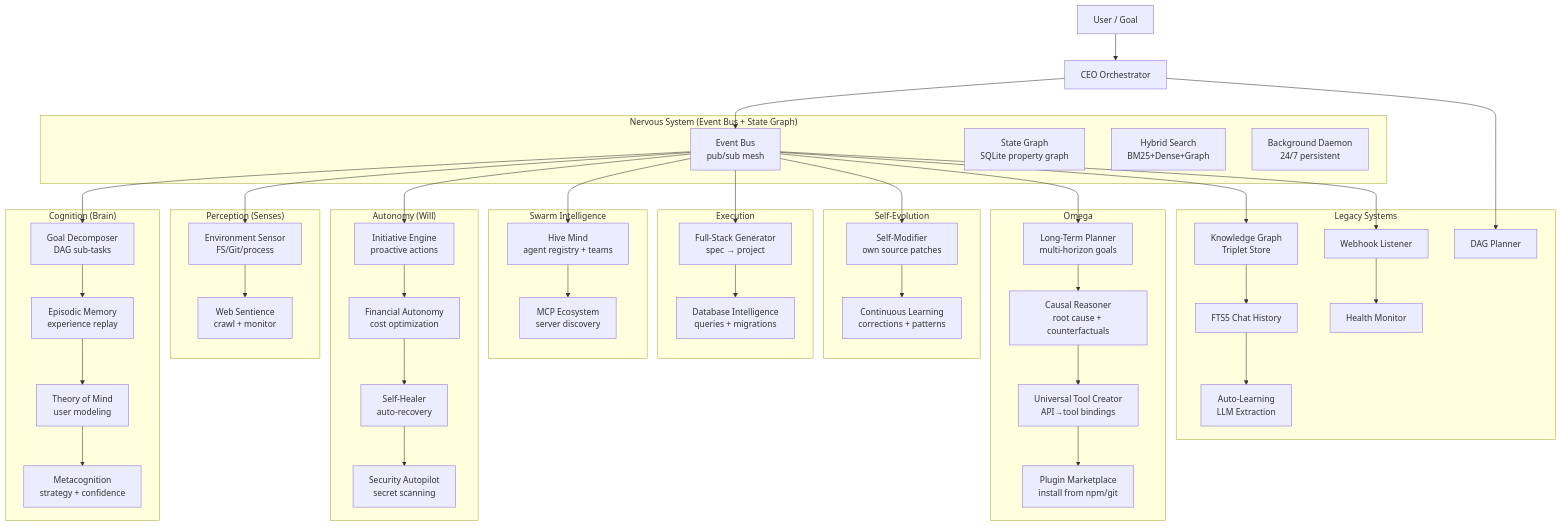
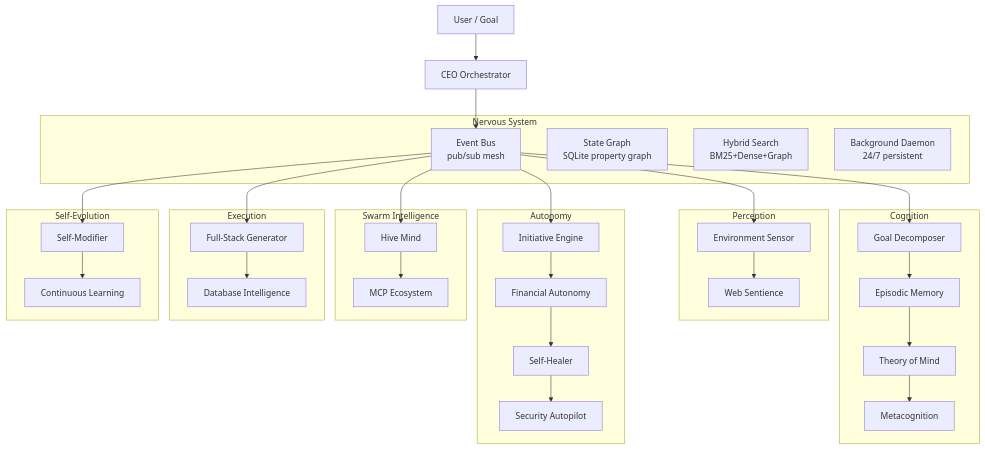
The diagram in README.md (IamNishant51/Custom-PI), drawn with Mermaid before and after one commit. The commit also changed other lines of this file and 6 other files, not shown here.

````diff
--- a/README.md
+++ b/README.md
@@ -214,73 +58,53 @@
 ```mermaid
 graph TB
-  User[User / Goal] --> CEO[CEO Orchestrator]
+    User[User / Goal] --> CEO[CEO Orchestrator]
 
-  subgraph "Nervous System (Event Bus + State Graph)"
-    EB[Event Bus<br/>pub/sub mesh]
-    SG[State Graph<br/>SQLite property graph]
-    HS[Hybrid Search<br/>BM25+Dense+Graph]
-    DA[Background Daemon<br/>24/7 persistent]
-  end
+    subgraph "Nervous System"
+        EB[Event Bus<br/>pub/sub mesh]
+        SG[State Graph<br/>SQLite property graph]
+        HS[Hybrid Search<br/>BM25+Dense+Graph]
+        DA[Background Daemon<br/>24/7 persistent]
+    end
 
-  subgraph "Cognition (Brain)"
-    GD[Goal Decomposer<br/>DAG sub-tasks]
-    EM[Episodic Memory<br/>experience replay]
-    TM[Theory of Mind<br/>user modeling]
-    MC[Metacognition<br/>strategy + confidence]
-  end
+    subgraph "Cognition"
+        GD[Goal Decomposer]
+        EM[Episodic Memory]
+        TM[Theory of Mind]
+        MC[Metacognition]
+    end
 
-  subgraph "Perception (Senses)"
-    ES[Environment Sensor<br/>FS/Git/process]
-    WS[Web Sentience<br/>crawl + monitor]
-  end
+    subgraph "Perception"
+        ES[Environment Sensor]
+        WS[Web Sentience]
+    end
 
-  subgraph "Autonomy (Will)"
-    IE[Initiative Engine<br/>proactive actions]
-    FA[Financial Autonomy<br/>cost optimization]
-    SH[Self-Healer<br/>auto-recovery]
-    SA[Security Autopilot<br/>secret scanning]
-  end
+    subgraph "Autonomy"
+        IE[Initiative Engine]
+        FA[Financial Autonomy]
+        SH[Self-Healer]
+        SA[Security Autopilot]
+    end
 
-  subgraph "Swarm Intelligence"
-    HM[Hive Mind<br/>agent registry + teams]
-    ME[MCP Ecosystem<br/>server discovery]
-  end
+    subgraph "Swarm Intelligence"
+        HM[Hive Mind]
+        ME[MCP Ecosystem]
+    end
 
-  subgraph "Execution"
-    FG[Full-Stack Generator<br/>spec → project]
-    DI[Database Intelligence<br/>queries + migrations]
-  end
+    subgraph "Execution"
+        FG[Full-Stack Generator]
+        DI[Database Intelligence]
+    end
 
-  subgraph "Self-Evolution"
-    SM[Self-Modifier<br/>own source patches]
-    CL[Continuous Learning<br/>corrections + patterns]
-  end
+    subgraph "Self-Evolution"
+        SM[Self-Modifier]
+        CL[Continuous Learning]
+    end
 
-  subgraph "Omega"
-    LP[Long-Term Planner<br/>multi-horizon goals]
-    CR[Causal Reasoner<br/>root cause + counterfactuals]
-    UC[Universal Tool Creator<br/>API→tool bindings]
-    PM[Plugin Marketplace<br/>install from npm/git]
-  end
-
-  subgraph "Legacy Systems"
-    KG[Knowledge Graph<br/>Triplet Store]
-    FTS[FTS5 Chat History]
-    AL[Auto-Learning<br/>LLM Extraction]
-    WH[Webhook Listener]
-    HL[Health Monitor]
-    DC[DAG Planner]
-  end
-
-  CEO --> EB
-  EB --> GD --> EM --> TM --> MC
-  EB --> ES --> WS
-  EB --> IE --> FA --> SH --> SA
-  EB --> HM --> ME
-  EB --> FG --> DI
-  EB --> SM --> CL
-  EB --> LP --> CR --> UC --> PM
-  CEO --> DC
-  EB --> KG --> FTS --> AL
-  EB --> WH --> HL
+    CEO --> EB
+    EB --> GD --> EM --> TM --> MC
+    EB --> ES --> WS
+    EB --> IE --> FA --> SH --> SA
+    EB --> HM --> ME
+    EB --> FG --> DI
+    EB --> SM --> CL
 ```
````
